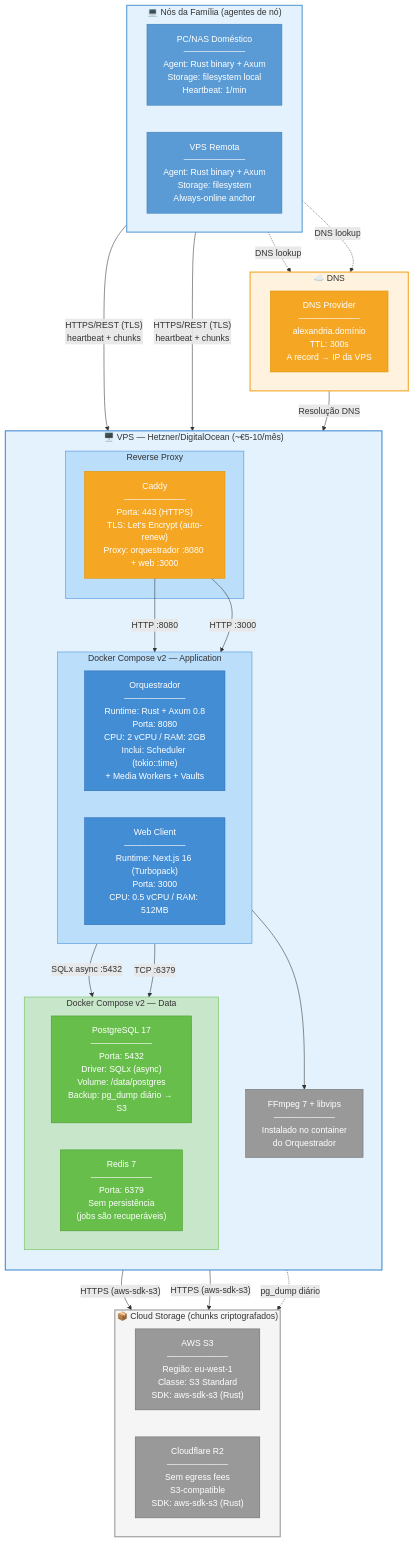
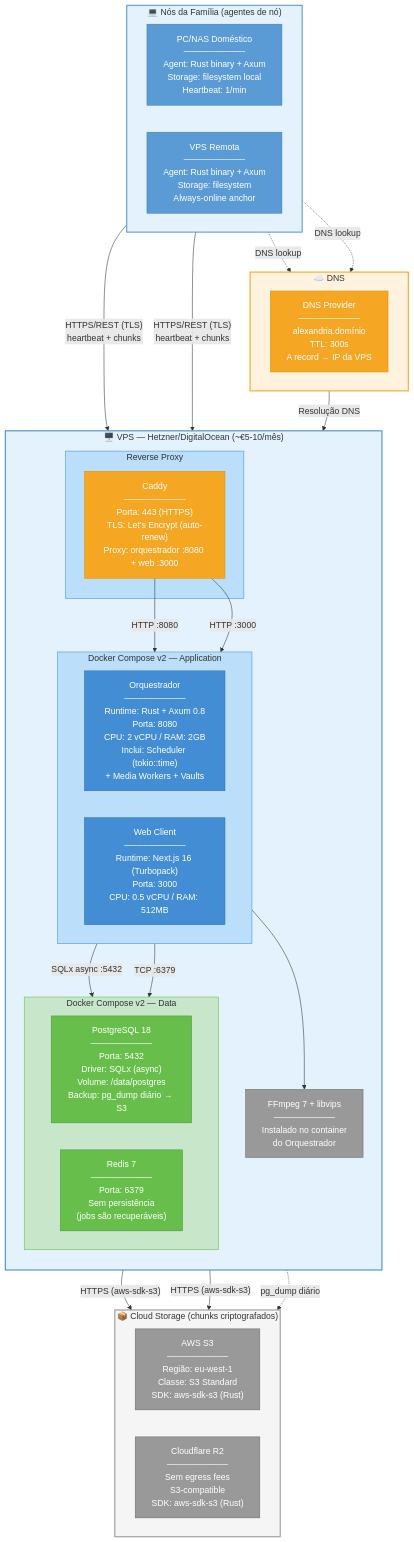
One commit to DouglasPrado/alexandria changed the diagram in docs/diagrams/deployment/production.mmd. Above: the diagram before and after it, drawn with Mermaid. The commit also changed 17 other files, not shown here.

```diff
--- a/docs/diagrams/deployment/production.mmd
+++ b/docs/diagrams/deployment/production.mmd
@@ -1,107 +1,107 @@
 %% ============================================================
 %% Diagrama de Deploy: Produção — Alexandria
 %% Referências: docs/blueprint/06-system_architecture.md
-%% Stack: Rust + Axum 0.8, Next.js 16, PostgreSQL 17, Redis 7
+%% Stack: Rust + Axum 0.8, Next.js 16, PostgreSQL 18, Redis 7
 %% ============================================================
 
 graph TB
 
     %% ===========================================================
     %% CAMADA: DNS
     %% ===========================================================
     subgraph DNS_LAYER["☁️ DNS"]
         direction LR
         DNS["DNS Provider<br/>──────────<br/>alexandria.domínio<br/>TTL: 300s<br/>A record → IP da VPS"]
     end
 
     %% ===========================================================
     %% CAMADA: VPS (Servidor Único)
     %% ===========================================================
     subgraph VPS["🖥️ VPS — Hetzner/DigitalOcean (~€5-10/mês)"]
         direction TB
 
         subgraph PROXY["Reverse Proxy"]
             Caddy["Caddy<br/>──────────<br/>Porta: 443 (HTTPS)<br/>TLS: Let's Encrypt (auto-renew)<br/>Proxy: orquestrador :8080 + web :3000"]
         end
 
         subgraph APP_TIER["Docker Compose v2 — Application"]
             direction LR
             Orchestrator["Orquestrador<br/>──────────<br/>Runtime: Rust + Axum 0.8<br/>Porta: 8080<br/>CPU: 2 vCPU / RAM: 2GB<br/>Inclui: Scheduler (tokio::time)<br/>+ Media Workers + Vaults"]
             WebClient["Web Client<br/>──────────<br/>Runtime: Next.js 16 (Turbopack)<br/>Porta: 3000<br/>CPU: 0.5 vCPU / RAM: 512MB"]
         end
 
         subgraph DATA_TIER["Docker Compose v2 — Data"]
             direction LR
-            DB_PRIMARY["PostgreSQL 17<br/>──────────<br/>Porta: 5432<br/>Driver: SQLx (async)<br/>Volume: /data/postgres<br/>Backup: pg_dump diário → S3"]
+            DB_PRIMARY["PostgreSQL 18<br/>──────────<br/>Porta: 5432<br/>Driver: SQLx (async)<br/>Volume: /data/postgres<br/>Backup: pg_dump diário → S3"]
             Redis_P["Redis 7<br/>──────────<br/>Porta: 6379<br/>Sem persistência<br/>(jobs são recuperáveis)"]
         end
 
         FFmpeg_D["FFmpeg 7 + libvips<br/>──────────<br/>Instalado no container<br/>do Orquestrador"]
     end
 
     %% ===========================================================
     %% CAMADA: Storage Cloud
     %% ===========================================================
     subgraph CLOUD_STORAGE["📦 Cloud Storage (chunks criptografados)"]
         direction LR
         S3_Bucket["AWS S3<br/>──────────<br/>Região: eu-west-1<br/>Classe: S3 Standard<br/>SDK: aws-sdk-s3 (Rust)"]
         R2_Bucket["Cloudflare R2<br/>──────────<br/>Sem egress fees<br/>S3-compatible<br/>SDK: aws-sdk-s3 (Rust)"]
     end
 
     %% ===========================================================
     %% CAMADA: Nós da Família
     %% ===========================================================
     subgraph FAMILY_NODES["💻 Nós da Família (agentes de nó)"]
         direction LR
         PC["PC/NAS Doméstico<br/>──────────<br/>Agent: Rust binary + Axum<br/>Storage: filesystem local<br/>Heartbeat: 1/min"]
         VPS_Node["VPS Remota<br/>──────────<br/>Agent: Rust binary + Axum<br/>Storage: filesystem<br/>Always-online anchor"]
     end
 
     %% ===========================================================
     %% CONEXÕES
     %% ===========================================================
 
     DNS -->|"Resolução DNS"| Caddy
     Caddy -->|"HTTP :8080"| Orchestrator
     Caddy -->|"HTTP :3000"| WebClient
 
     Orchestrator -->|"SQLx async :5432"| DB_PRIMARY
     Orchestrator -->|"TCP :6379"| Redis_P
     Orchestrator --> FFmpeg_D
 
     Orchestrator -->|"HTTPS (aws-sdk-s3)"| S3_Bucket
     Orchestrator -->|"HTTPS (aws-sdk-s3)"| R2_Bucket
 
     DB_PRIMARY -.->|"pg_dump diário"| S3_Bucket
 
     PC -->|"HTTPS/REST (TLS)<br/>heartbeat + chunks"| Caddy
     VPS_Node -->|"HTTPS/REST (TLS)<br/>heartbeat + chunks"| Caddy
 
     PC -.->|"DNS lookup"| DNS
     VPS_Node -.->|"DNS lookup"| DNS
 
     %% ===========================================================
     %% ESTILOS
     %% ===========================================================
 
     style DNS_LAYER fill:#FFF3E0,stroke:#F5A623,stroke-width:2px,color:#333
     style DNS fill:#F5A623,stroke:#E09100,color:#fff
 
     style VPS fill:#E3F2FD,stroke:#438DD5,stroke-width:2px,color:#333
     style PROXY fill:#BBDEFB,stroke:#438DD5,stroke-width:1px,color:#333
     style APP_TIER fill:#BBDEFB,stroke:#438DD5,stroke-width:1px,color:#333
     style DATA_TIER fill:#C8E6C9,stroke:#67BE4B,stroke-width:1px,color:#333
     style Caddy fill:#F5A623,stroke:#E09100,color:#fff
     style Orchestrator fill:#438DD5,stroke:#2B6CB0,color:#fff
     style WebClient fill:#438DD5,stroke:#2B6CB0,color:#fff
     style DB_PRIMARY fill:#67BE4B,stroke:#4A9A35,color:#fff
     style Redis_P fill:#67BE4B,stroke:#4A9A35,color:#fff
     style FFmpeg_D fill:#999999,stroke:#6b6b6b,color:#fff
 
     style CLOUD_STORAGE fill:#F5F5F5,stroke:#999999,stroke-width:2px,color:#333
     style S3_Bucket fill:#999999,stroke:#6b6b6b,color:#fff
     style R2_Bucket fill:#999999,stroke:#6b6b6b,color:#fff
 
     style FAMILY_NODES fill:#E3F2FD,stroke:#5a9bd5,stroke-width:2px,color:#333
     style PC fill:#5a9bd5,stroke:#3a7bb5,color:#fff
     style VPS_Node fill:#5a9bd5,stroke:#3a7bb5,color:#fff
```
